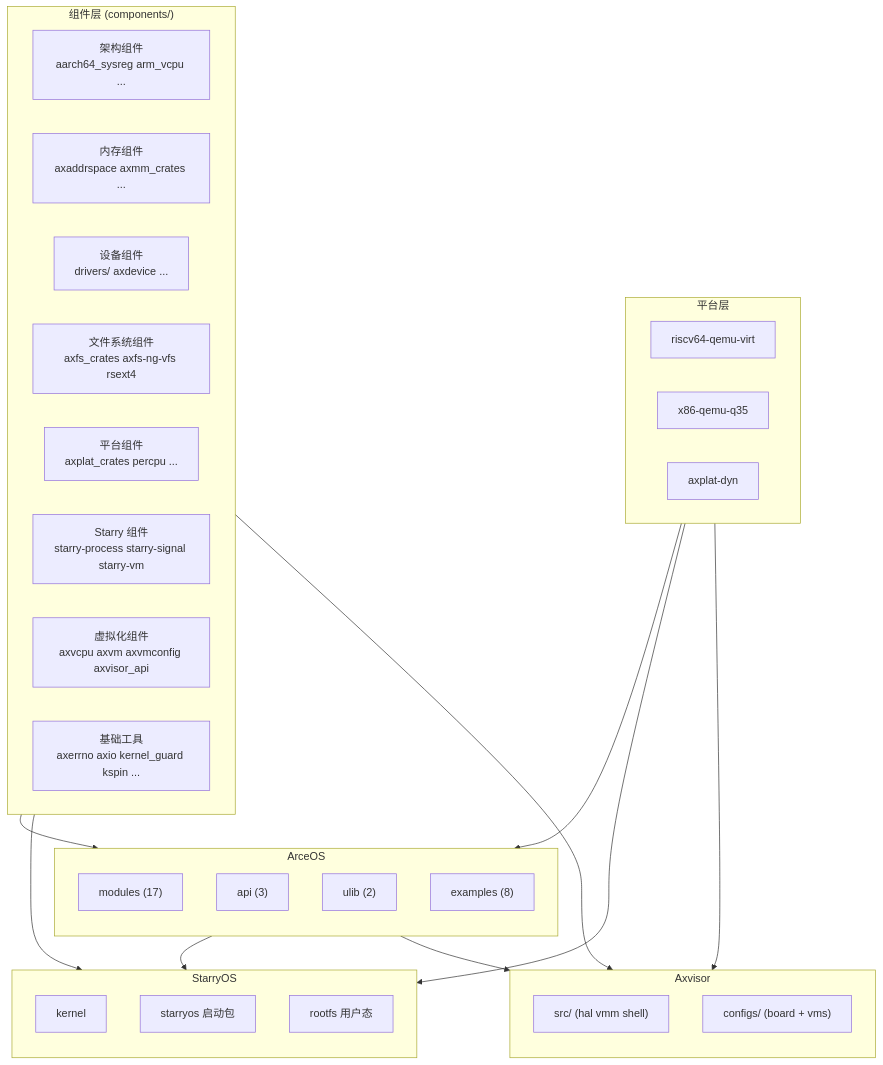
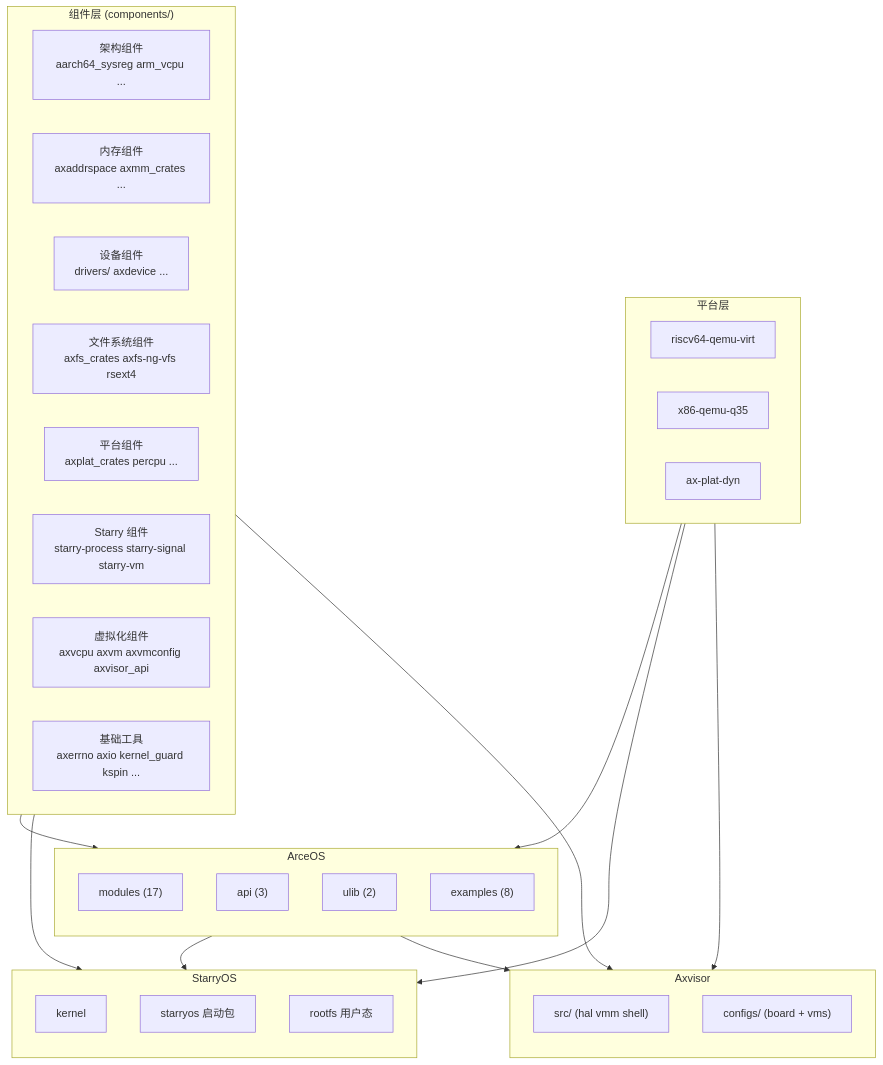
One commit to rcore-os/tgoskits changed the first of 2 diagrams in docs/docs/architecture/overview.md. Above: the diagram before and after it, drawn with Mermaid. The commit also changed other lines of this file and 343 other files, not shown here.

First line of the commit message:
Implement platform-specific IRQ handling and architecture setup (#979)

````diff
--- a/docs/docs/architecture/overview.md
+++ b/docs/docs/architecture/overview.md
@@ -10,51 +10,51 @@
 ```mermaid
 flowchart TD
     subgraph Components["组件层 (components/)"]
         direction LR
         C1["架构组件<br/>aarch64_sysreg arm_vcpu ..."]
         C2["内存组件<br/>axaddrspace axmm_crates ..."]
         C3["设备组件<br/>drivers/ axdevice ..."]
         C4["文件系统组件<br/>axfs_crates axfs-ng-vfs rsext4"]
         C5["平台组件<br/>axplat_crates percpu ..."]
         C6["Starry 组件<br/>starry-process starry-signal starry-vm"]
         C7["虚拟化组件<br/>axvcpu axvm axvmconfig axvisor_api"]
         C8["基础工具<br/>axerrno axio kernel_guard kspin ..."]
     end
 
     subgraph ArceOS["ArceOS"]
         direction TB
         AM["modules (17)"]
         AA["api (3)"]
         AU["ulib (2)"]
         AX["examples (8)"]
     end
 
     subgraph StarryOS["StarryOS"]
         direction TB
         SK["kernel"]
         SP["starryos 启动包"]
         SR["rootfs 用户态"]
     end
 
     subgraph Axvisor["Axvisor"]
         direction TB
         AV["src/ (hal vmm shell)"]
         AC["configs/ (board + vms)"]
     end
 
     subgraph Platform["平台层"]
         direction LR
         P1["riscv64-qemu-virt"]
         P2["x86-qemu-q35"]
-        P3["axplat-dyn"]
+        P3["ax-plat-dyn"]
     end
 
     Components --> ArceOS
     Components --> StarryOS
     Components --> Axvisor
     ArceOS --> StarryOS
     ArceOS --> Axvisor
     Platform --> ArceOS
     Platform --> StarryOS
     Platform --> Axvisor
 ```
````
